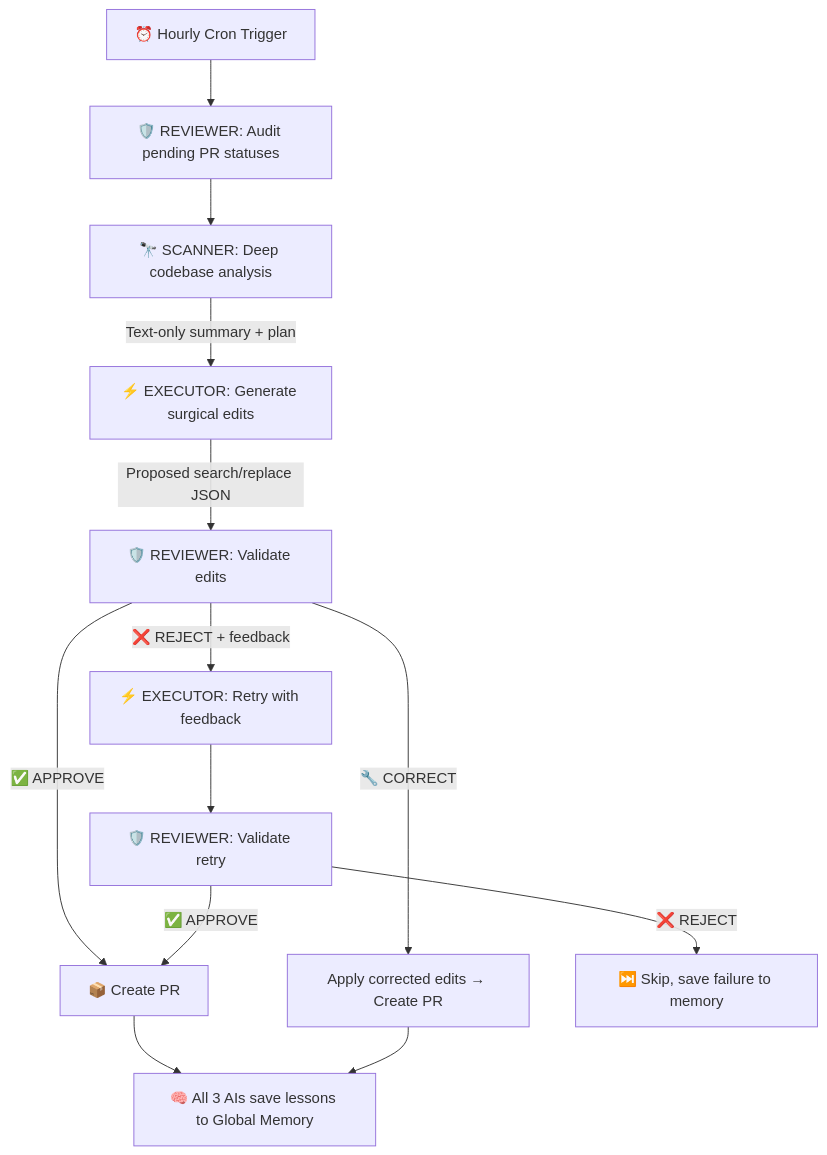
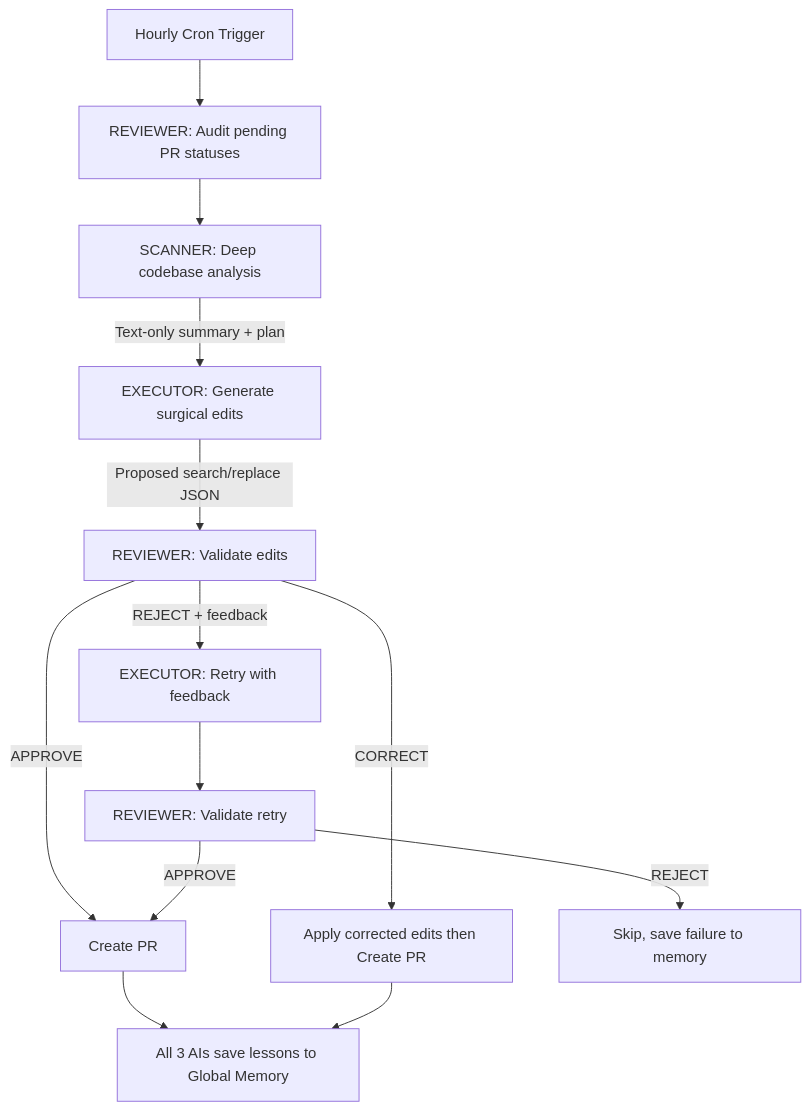
One commit to HOLYKEYZ/joe-gemini changed the diagram in README.md. Above: the diagram before and after it, drawn with Mermaid. The commit also changed other lines of this file, not shown here.

Commit message:
fix(readme): remove emojis from mermaid diagram, update executor model

````diff
--- a/README.md
+++ b/README.md
@@ -12,15 +12,15 @@
 ```mermaid
 flowchart TD
-    A["⏰ Hourly Cron Trigger"] --> R0["🛡️ REVIEWER: Audit pending PR statuses"]
-    R0 --> B["🔭 SCANNER: Deep codebase analysis"]
-    B -->|"Text-only summary + plan"| C["⚡ EXECUTOR: Generate surgical edits"]
-    C -->|"Proposed search/replace JSON"| D["🛡️ REVIEWER: Validate edits"]
-    D -->|"✅ APPROVE"| E["📦 Create PR"]
-    D -->|"🔧 CORRECT"| F["Apply corrected edits → Create PR"]
-    D -->|"❌ REJECT + feedback"| C2["⚡ EXECUTOR: Retry with feedback"]
-    C2 --> D2["🛡️ REVIEWER: Validate retry"]
-    D2 -->|"✅ APPROVE"| E
-    D2 -->|"❌ REJECT"| SKIP["⏭️ Skip, save failure to memory"]
-    E --> MEM["🧠 All 3 AIs save lessons to Global Memory"]
+    A["Hourly Cron Trigger"] --> R0["REVIEWER: Audit pending PR statuses"]
+    R0 --> B["SCANNER: Deep codebase analysis"]
+    B -->|"Text-only summary + plan"| C["EXECUTOR: Generate surgical edits"]
+    C -->|"Proposed search/replace JSON"| D["REVIEWER: Validate edits"]
+    D -->|"APPROVE"| E["Create PR"]
+    D -->|"CORRECT"| F["Apply corrected edits then Create PR"]
+    D -->|"REJECT + feedback"| C2["EXECUTOR: Retry with feedback"]
+    C2 --> D2["REVIEWER: Validate retry"]
+    D2 -->|"APPROVE"| E
+    D2 -->|"REJECT"| SKIP["Skip, save failure to memory"]
+    E --> MEM["All 3 AIs save lessons to Global Memory"]
     F --> MEM
 ```
````
